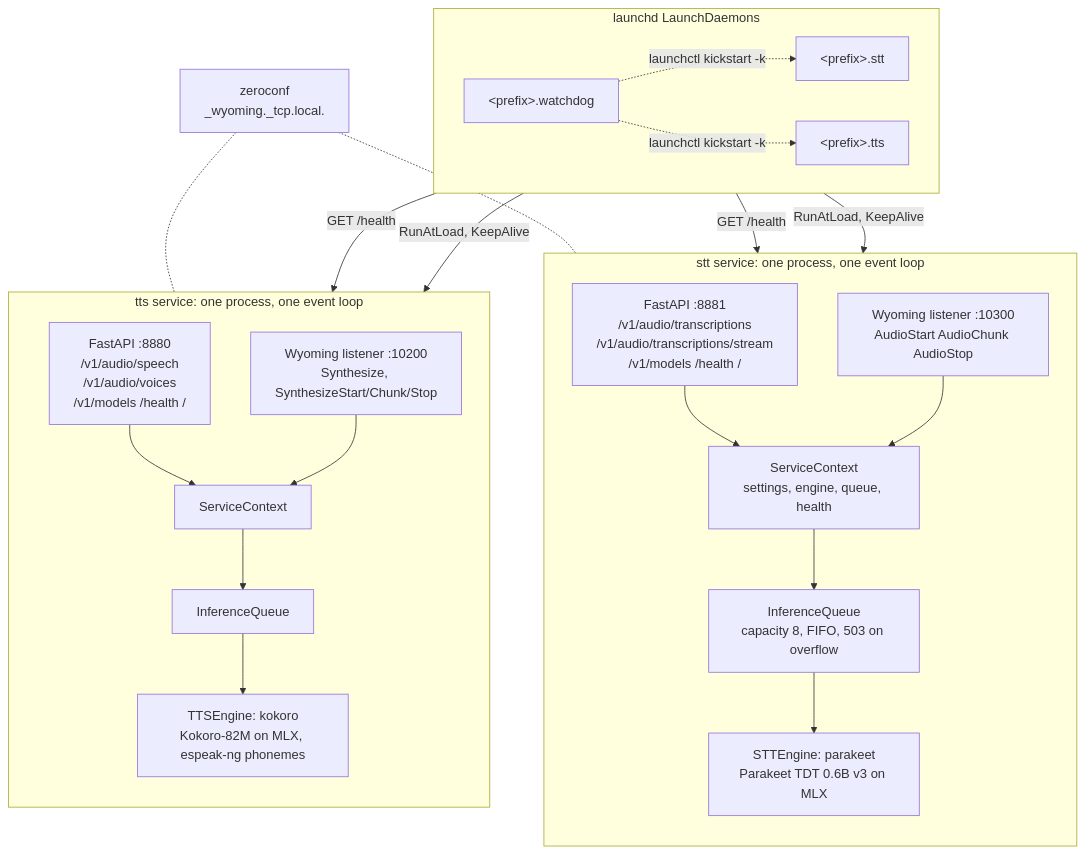
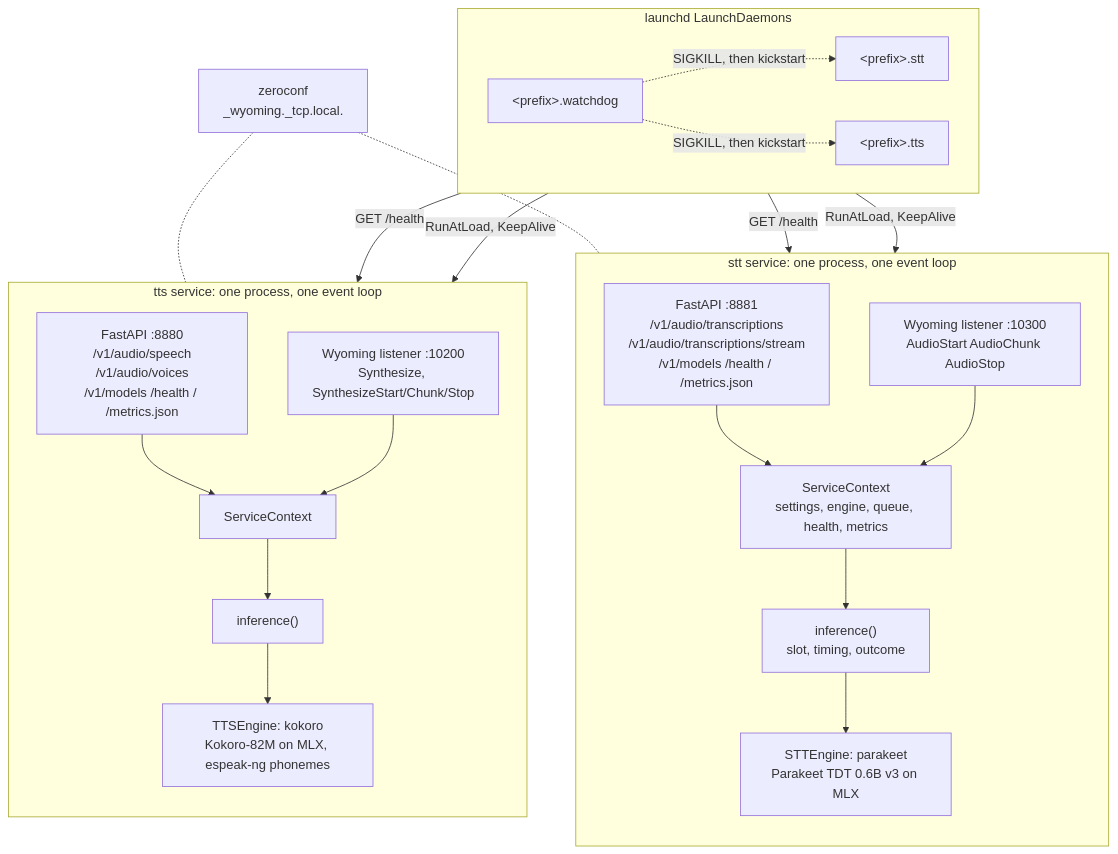
Before and after one commit to JulianBeaulieu/voiced: the diagram in docs/architecture.md, drawn with Mermaid. The commit also changed other lines of this file and 12 other files, not shown here.

````diff
--- a/docs/architecture.md
+++ b/docs/architecture.md
@@ -11,43 +11,43 @@
 ```mermaid
 flowchart TB
     subgraph launchd [launchd LaunchDaemons]
         direction LR
         d_stt["&lt;prefix&gt;.stt"]
         d_tts["&lt;prefix&gt;.tts"]
         d_wd["&lt;prefix&gt;.watchdog"]
     end
 
     subgraph stt [stt service: one process, one event loop]
         direction TB
-        s_http[FastAPI :8881<br/>/v1/audio/transcriptions<br/>/v1/audio/transcriptions/stream<br/>/v1/models /health /]
+        s_http[FastAPI :8881<br/>/v1/audio/transcriptions<br/>/v1/audio/transcriptions/stream<br/>/v1/models /health / /metrics.json]
         s_wy[Wyoming listener :10300<br/>AudioStart AudioChunk AudioStop]
-        s_ctx[ServiceContext<br/>settings, engine, queue, health]
-        s_q[InferenceQueue<br/>capacity 8, FIFO, 503 on overflow]
+        s_ctx[ServiceContext<br/>settings, engine, queue, health, metrics]
+        s_inf["inference()<br/>slot, timing, outcome"]
         s_eng[STTEngine: parakeet<br/>Parakeet TDT 0.6B v3 on MLX]
         s_http --> s_ctx
         s_wy --> s_ctx
-        s_ctx --> s_q --> s_eng
+        s_ctx --> s_inf --> s_eng
     end
 
     subgraph tts [tts service: one process, one event loop]
         direction TB
-        t_http[FastAPI :8880<br/>/v1/audio/speech<br/>/v1/audio/voices<br/>/v1/models /health /]
+        t_http[FastAPI :8880<br/>/v1/audio/speech<br/>/v1/audio/voices<br/>/v1/models /health / /metrics.json]
         t_wy[Wyoming listener :10200<br/>Synthesize, SynthesizeStart/Chunk/Stop]
         t_ctx[ServiceContext]
-        t_q[InferenceQueue]
+        t_inf["inference()"]
         t_eng[TTSEngine: kokoro<br/>Kokoro-82M on MLX, espeak-ng phonemes]
         t_http --> t_ctx
         t_wy --> t_ctx
-        t_ctx --> t_q --> t_eng
+        t_ctx --> t_inf --> t_eng
     end
 
     d_stt -->|RunAtLoad, KeepAlive| stt
     d_tts -->|RunAtLoad, KeepAlive| tts
     d_wd -->|GET /health| s_http
     d_wd -->|GET /health| t_http
-    d_wd -.->|launchctl kickstart -k| d_stt
-    d_wd -.->|launchctl kickstart -k| d_tts
+    d_wd -.->|SIGKILL, then kickstart| d_stt
+    d_wd -.->|SIGKILL, then kickstart| d_tts
 
     zc[zeroconf<br/>_wyoming._tcp.local.] -.- s_wy
     zc -.- t_wy
 ```
````
